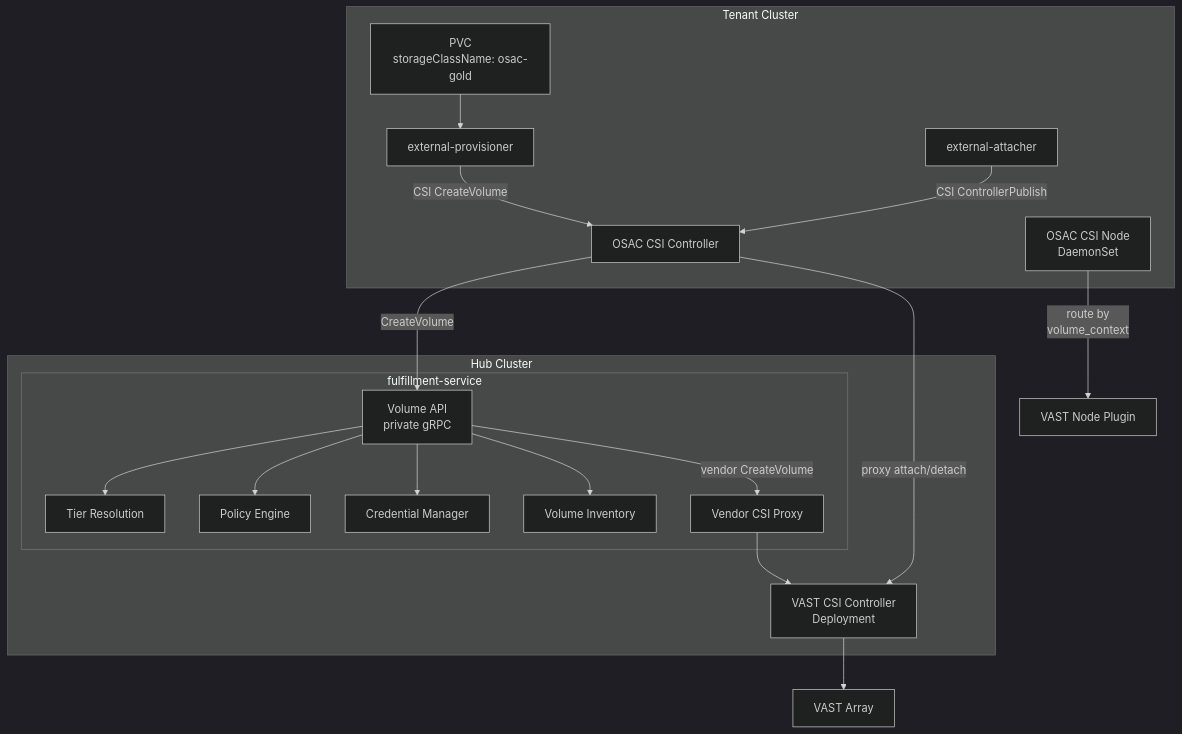
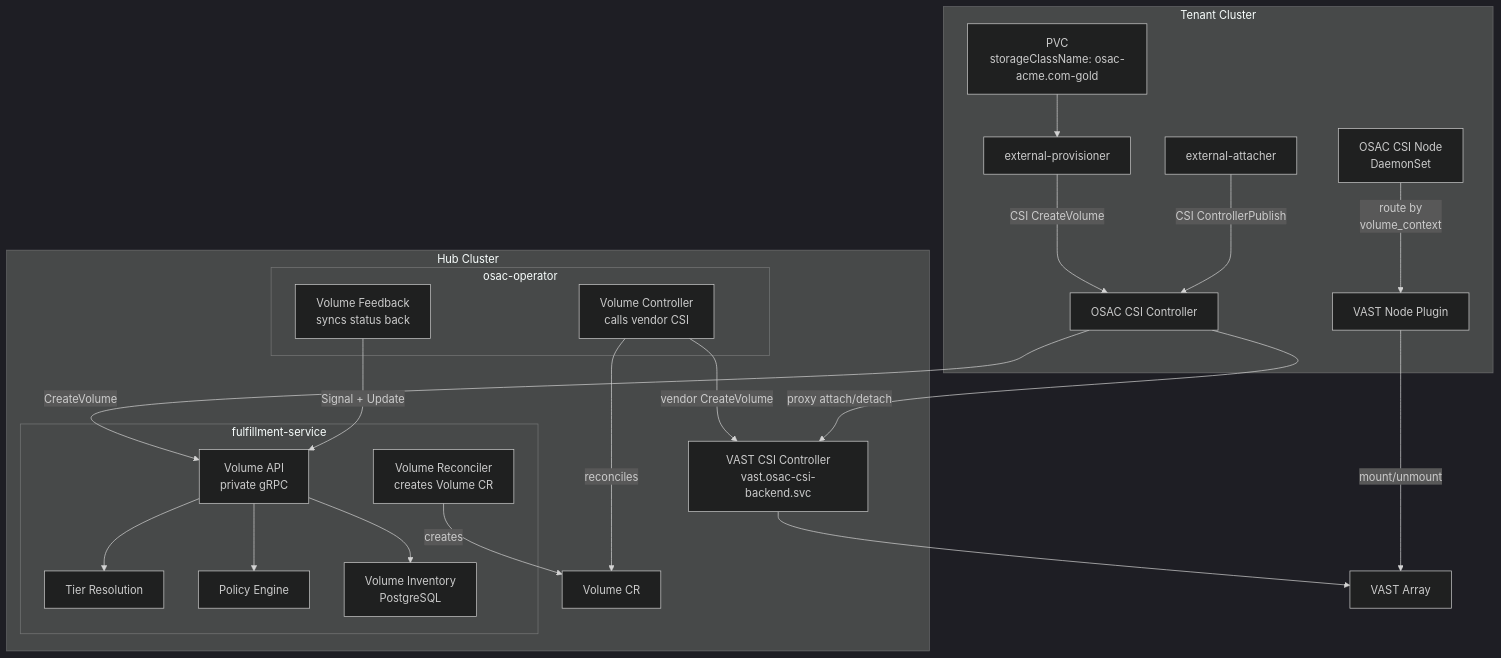
The first of 6 diagrams in enhancements/OSAC-2872-storage-control-plane/design.md (osac-project/enhancement-proposals), drawn with Mermaid (dark theme) before and after one commit. The commit also changed other lines of this file and 2 other files, not shown here.

First line of the commit message:
OSAC-2872: redesign storage control plane based on feedback

````diff
--- a/enhancements/OSAC-2872-storage-control-plane/design.md
+++ b/enhancements/OSAC-2872-storage-control-plane/design.md
@@ -63,38 +67,47 @@
 ```mermaid
 graph TB
     subgraph tenant["Tenant Cluster"]
-        pvc["PVC<br/>storageClassName: osac-gold"]
+        pvc["PVC<br/>storageClassName: osac-acme.com-gold"]
         ep["external-provisioner"]
         ea["external-attacher"]
         ctrl["OSAC CSI Controller"]
         node["OSAC CSI Node<br/>DaemonSet"]
+        vendornode["VAST Node Plugin"]
     end
 
     subgraph hub["Hub Cluster"]
         subgraph fs["fulfillment-service"]
             volapi["Volume API<br/>private gRPC"]
             tier["Tier Resolution"]
             policy["Policy Engine"]
-            creds["Credential Manager"]
-            inv["Volume Inventory"]
-            vendorproxy["Vendor CSI Proxy"]
+            inv["Volume Inventory<br/>PostgreSQL"]
+            fsrec["Volume Reconciler<br/>creates Volume CR"]
         end
-        vast["VAST CSI Controller<br/>Deployment"]
+        volcr["Volume CR"]
+        subgraph op["osac-operator"]
+            volctrl["Volume Controller<br/>calls vendor CSI"]
+            volfb["Volume Feedback<br/>syncs status back"]
+        end
+        vast["VAST CSI Controller<br/>vast.osac-csi-backend.svc"]
     end
+
+    array["VAST Array"]
 
     pvc --> ep
     ep -->|"CSI CreateVolume"| ctrl
     ctrl -->|"CreateVolume"| volapi
     volapi --> tier
     volapi --> policy
-    volapi --> creds
     volapi --> inv
-    volapi -->|"vendor CreateVolume"| vendorproxy
-    vendorproxy --> vast
-    vast --> array["VAST Array"]
+    fsrec -->|"creates"| volcr
+    volctrl -->|"reconciles"| volcr
+    volctrl -->|"vendor CreateVolume"| vast
+    vast --> array
+    volfb -->|"Signal + Update"| volapi
 
     ea -->|"CSI ControllerPublish"| ctrl
     ctrl -->|"proxy attach/detach"| vast
 
-    node -->|"route by<br/>volume_context"| vendornode["VAST Node Plugin"]
+    node -->|"route by<br/>volume_context"| vendornode
+    vendornode -->|"mount/unmount"| array
 ```
````
